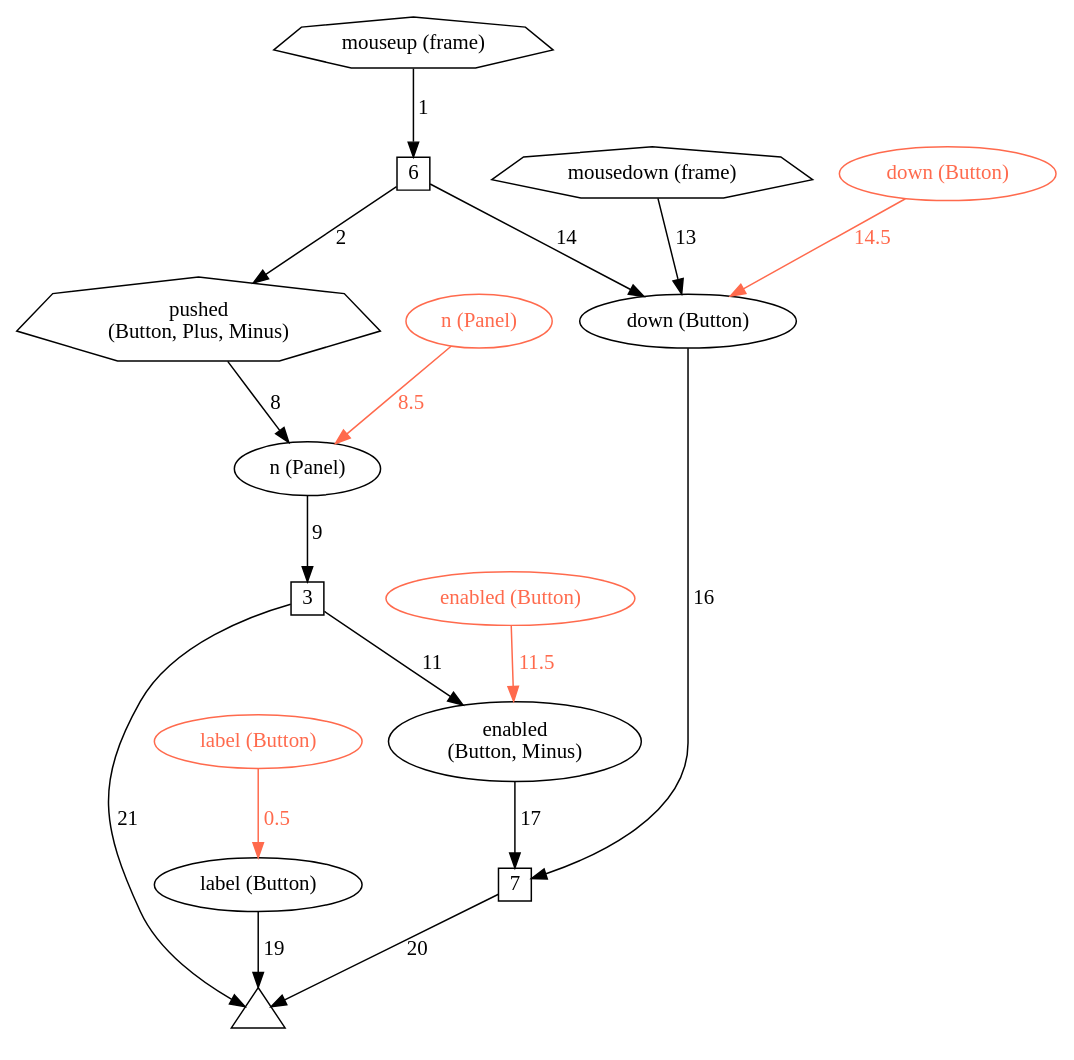
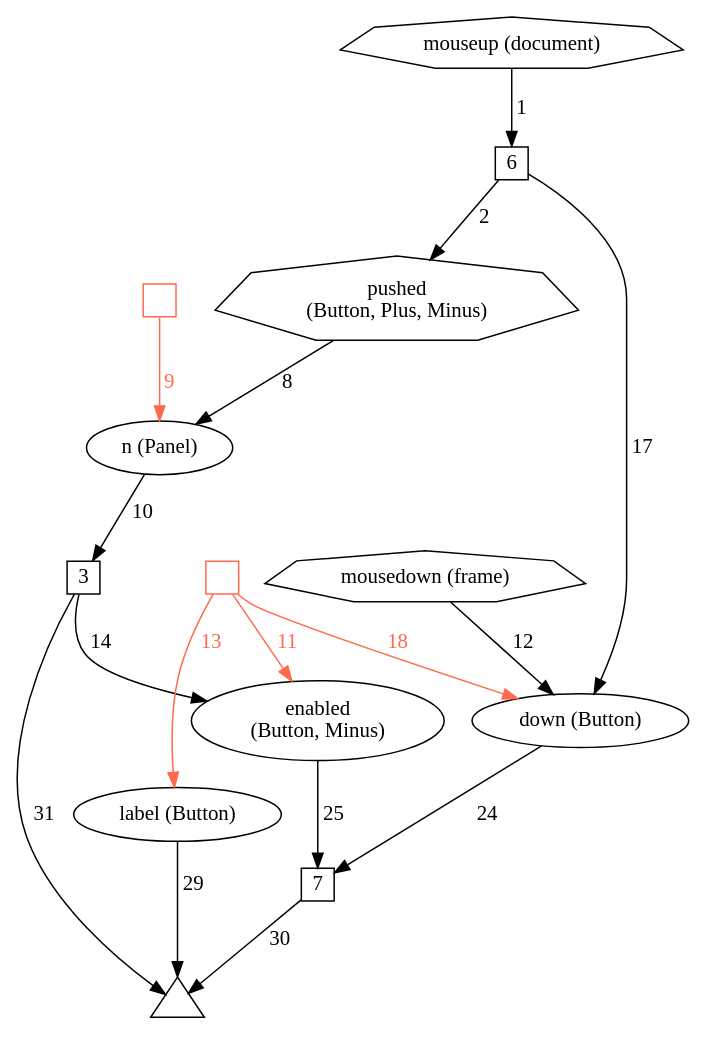
Before and after one commit to bendr/bender: the diagram in doc/fig/graph-panel-min.gv, drawn with Graphviz. The commit also changed 15 other files, not shown here.

```diff
--- a/doc/fig/graph-panel-min.gv
+++ b/doc/fig/graph-panel-min.gv
@@ -1,39 +1,37 @@
 digraph bender {
   node [fontname="Avenir Next"];
   edge [fontname="Avenir Next"];
 
   t [label="", shape=triangle, fixedsize=true, width=0.5];
   n [label="n (Panel)"];
   w3 [label="3", shape=square, fixedsize=true, width=0.3];
   enabled [label="enabled\n(Button, Minus)"]
   label [label="label (Button)"];
   mousedown [label="mousedown (frame)", shape=septagon];
   down [label="down (Button)"];
-  mouseup [label="mouseup (frame)", shape=septagon];
+  mouseup [label="mouseup (document)", shape=septagon];
   w6 [label="6", shape=square, fixedsize=true, width=0.3];
   pushed [label="pushed\n(Button, Plus, Minus)", shape=septagon];
   w7 [label="7", shape=square, fixedsize=true, width=0.3];
 
-  init_label [label="label (Button)", color="#ff6a4d", fontcolor="#ff6a4d"];
-  init_enabled [label="enabled (Button)", color="#ff6a4d", fontcolor="#ff6a4d"];
-  init_n [label="n (Panel)", color="#ff6a4d", fontcolor="#ff6a4d"];
-  init_down [label="down (Button)", color="#ff6a4d", fontcolor="#ff6a4d"];
+  init_button [label="", shape=square, fixedsize=true, width=0.3, color="#ff6a4d"];
+  init_panel [label="", shape=square, fixedsize=true, width=0.3, color="#ff6a4d"];
 
-  init_label -> label [label=" 0.5", color="#ff6a4d", fontcolor="#ff6a4d"];
   mouseup -> w6 [label=" 1"];
   w6 -> pushed [label=" 2"];
   pushed -> n [label=" 8"];
-  init_n -> n [label=" 8.5", color="#ff6a4d", fontcolor="#ff6a4d"];
-  n -> w3 [label=" 9"];
-  init_enabled -> enabled [label=" 11.5", color="#ff6a4d", fontcolor="#ff6a4d"];
-  w3 -> enabled [label=" 11"];
-  mousedown -> down [label=" 13"];
-  w6 -> down [label=" 14"];
-  init_down -> down [label=" 14.5", color="#ff6a4d", fontcolor="#ff6a4d"];
-  down -> w7 [label=" 16"];
-  enabled -> w7 [label=" 17"];
-  label -> t [label=" 19"];
-  w7 -> t [label=" 20"];
-  w3 -> t [label=" 21"];
+  init_panel -> n [label=" 9", color="#ff6a4d", fontcolor="#ff6a4d"];
+  n -> w3 [label=" 10"];
+  init_button -> enabled [label=" 11", color="#ff6a4d", fontcolor="#ff6a4d"];
+  mousedown -> down [label=" 12"];
+  init_button -> label [label=" 13", color="#ff6a4d", fontcolor="#ff6a4d"];
+  w3 -> enabled [label=" 14"];
+  w6 -> down [label=" 17"];
+  init_button -> down [label=" 18", color="#ff6a4d", fontcolor="#ff6a4d"];
+  down -> w7 [label=" 24"];
+  enabled -> w7 [label=" 25"];
+  label -> t [label=" 29"];
+  w7 -> t [label=" 30"];
+  w3 -> t [label=" 31"];
 
 }
```
